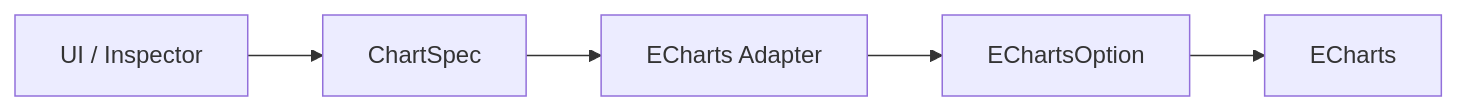
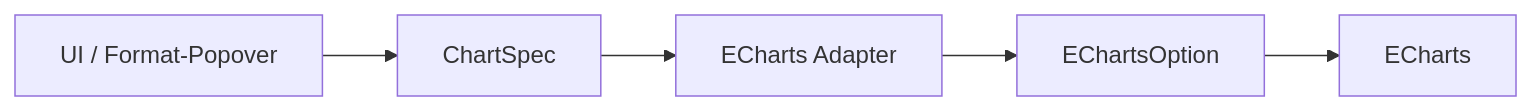
Before and after one commit to gabrieljonathanabebe/AXIS: the third of 8 diagrams in docs/ARCHITECTURE.md, drawn with Mermaid. The commit also changed other lines of this file and 57 other files, not shown here.

````diff
--- a/docs/ARCHITECTURE.md
+++ b/docs/ARCHITECTURE.md
@@ -284,13 +285,13 @@
 ```mermaid
 flowchart LR
-    UI[UI / Inspector]
+    UI[UI / Format-Popover]
     Spec[ChartSpec]
     Adapter[ECharts Adapter]
     Option[EChartsOption]
     ECharts[ECharts]
 
     UI --> Spec
     Spec --> Adapter
     Adapter --> Option
     Option --> ECharts
 ```
````
